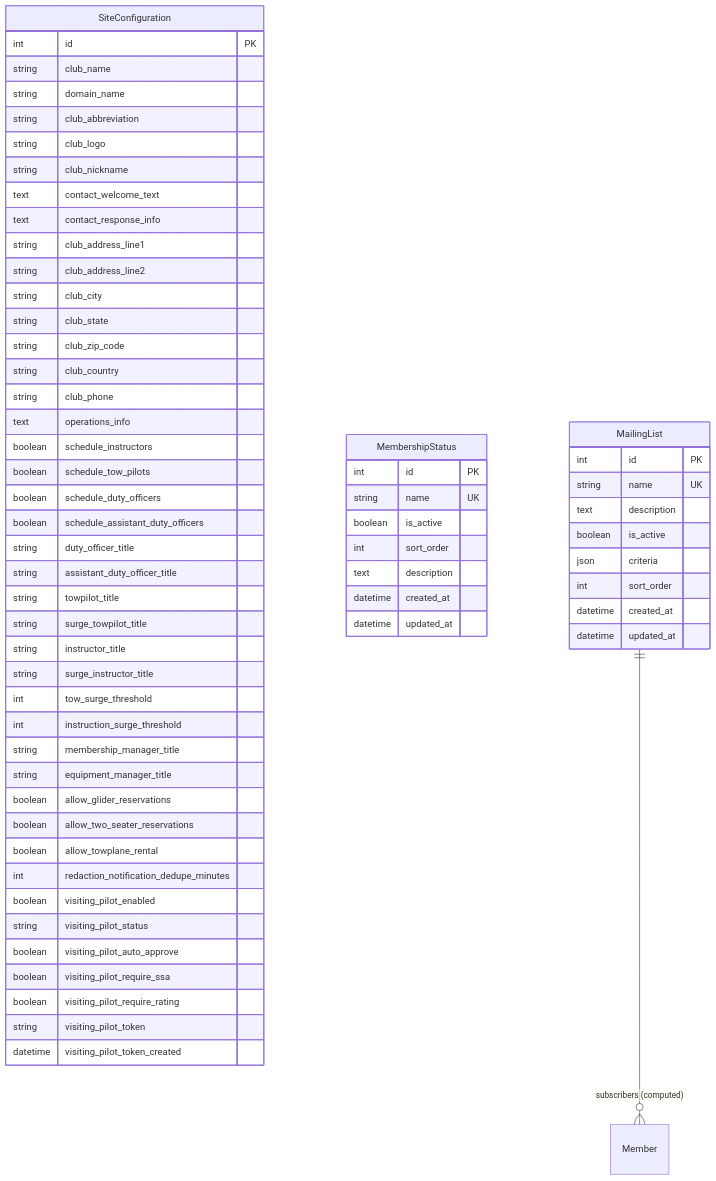
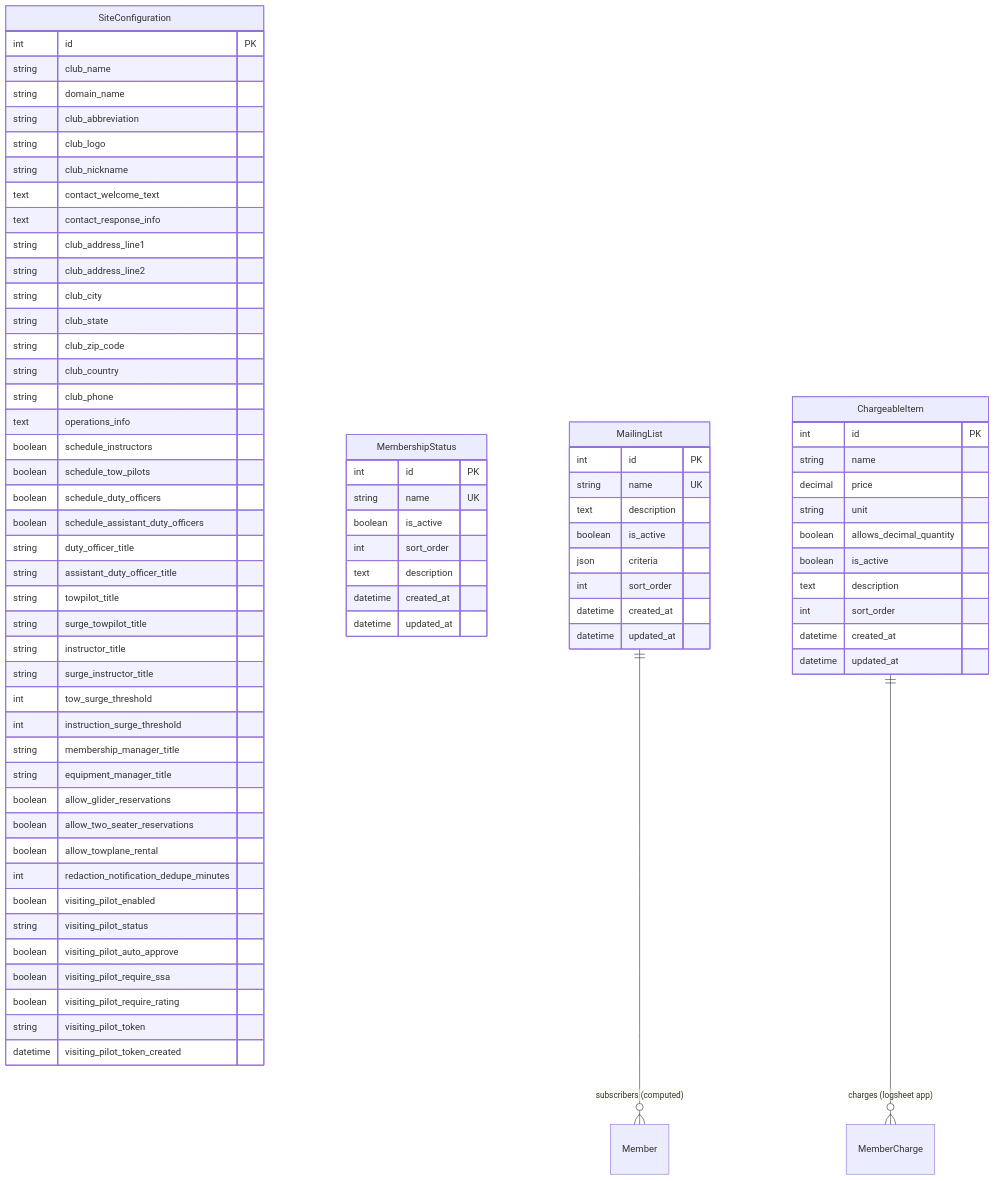
One commit to pietbarber/Manage2Soar changed the diagram in siteconfig/docs/models.md. Above: the diagram before and after it, drawn with Mermaid. The commit also changed other lines of this file and 10 other files, not shown here.

First line of the commit message:
Add user-facing form for creating member charges (Issue #615)

````diff
--- a/siteconfig/docs/models.md
+++ b/siteconfig/docs/models.md
@@ -74,4 +74,19 @@
     }
 
     MailingList ||--o{ Member : "subscribers (computed)"
+
+    ChargeableItem {
+        int id PK
+        string name
+        decimal price
+        string unit
+        boolean allows_decimal_quantity
+        boolean is_active
+        text description
+        int sort_order
+        datetime created_at
+        datetime updated_at
+    }
+
+    ChargeableItem ||--o{ MemberCharge : "charges (logsheet app)"
 ```
````
